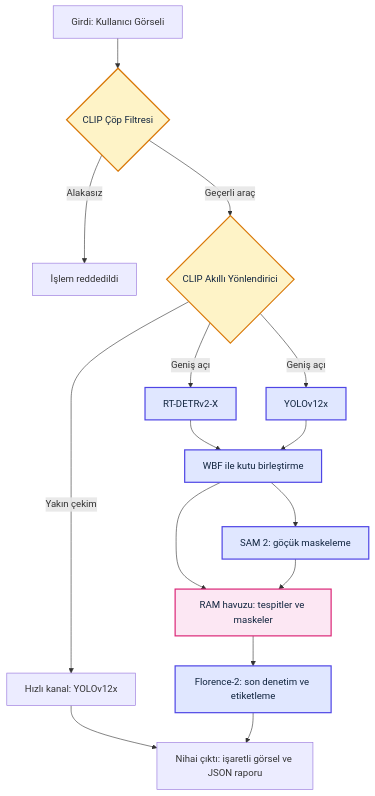
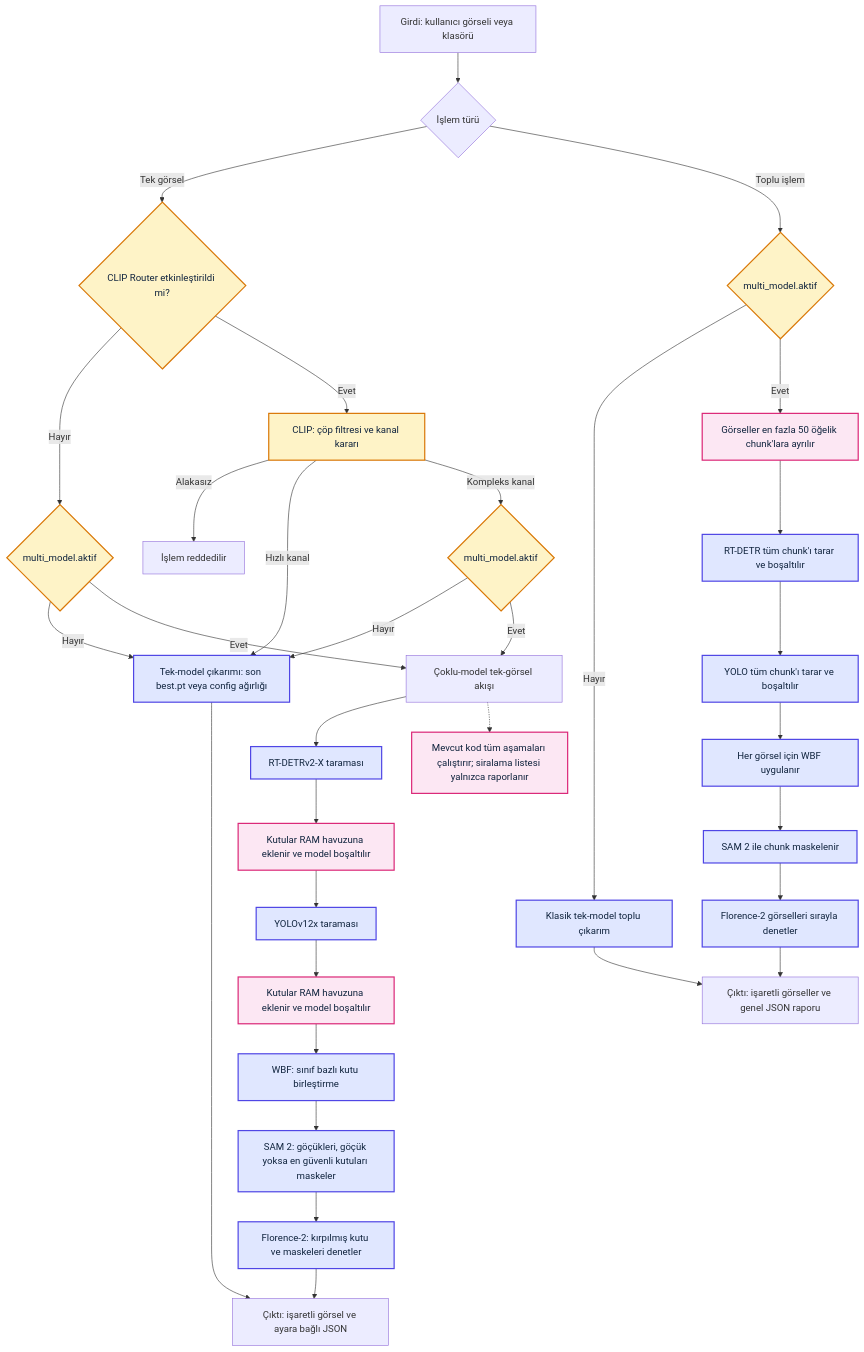
The diagram in README.md (mecik-arda/hasar-tespit), drawn with Mermaid before and after one commit. The commit also changed other lines of this file, not shown here.

Commit message:
docs: Çıkarım akış şeması gerçek pipeline ile eşitlendi
- Opsiyonel CLIP yönlendirmesi ile tek ve çoklu model dalları ayrıştırıldı.
- Ardışık RT-DETR, YOLO, WBF, SAM 2 ve Florence-2 aşamaları doğru sırayla gösterildi.
- Yatay chunk tabanlı toplu işlem ve üretilen çıktılar güncel koda göre belgelendi.

````diff
--- a/README.md
+++ b/README.md
@@ -571,23 +571,44 @@
 ```mermaid
 flowchart TD
-    Input["Girdi: Kullanıcı Görseli"] --> Filter{"CLIP Çöp Filtresi"}
-    Filter -->|Alakasız| Discard["İşlem reddedildi"]
-    Filter -->|Geçerli araç| Router{"CLIP Akıllı Yönlendirici"}
-    Router -->|Yakın çekim| Fast["Hızlı kanal: YOLOv12x"]
-    Fast --> Output["Nihai çıktı: işaretli görsel ve JSON raporu"]
-    Router -->|Geniş açı| RTDETR["RT-DETRv2-X"]
-    Router -->|Geniş açı| YOLO["YOLOv12x"]
-    RTDETR --> WBF["WBF ile kutu birleştirme"]
-    YOLO --> WBF
-    WBF --> SAM["SAM 2: göçük maskeleme"]
-    WBF --> Pool["RAM havuzu: tespitler ve maskeler"]
-    SAM --> Pool
-    Pool --> Florence["Florence-2: son denetim ve etiketleme"]
-    Florence --> Output
+    Input["Girdi: kullanıcı görseli veya klasörü"] --> Mode{"İşlem türü"}
+
+    Mode -->|Tek görsel| GatewayChoice{"CLIP Router etkinleştirildi mi?"}
+    GatewayChoice -->|Hayır| SingleMulti{"multi_model.aktif"}
+    GatewayChoice -->|Evet| CLIP["CLIP: çöp filtresi ve kanal kararı"]
+    CLIP -->|Alakasız| Discard["İşlem reddedilir"]
+    CLIP -->|Hızlı kanal| Single["Tek-model çıkarımı: son best.pt veya config ağırlığı"]
+    CLIP -->|Kompleks kanal| RoutedMulti{"multi_model.aktif"}
+    RoutedMulti -->|Hayır| Single
+    RoutedMulti -->|Evet| MultiStart["Çoklu-model tek-görsel akışı"]
+    SingleMulti -->|Hayır| Single
+    SingleMulti -->|Evet| MultiStart
+
+    MultiStart --> RTDETR["RT-DETRv2-X taraması"]
+    RTDETR --> RTUnload["Kutular RAM havuzuna eklenir ve model boşaltılır"]
+    RTUnload --> YOLO["YOLOv12x taraması"]
+    YOLO --> YOLOUnload["Kutular RAM havuzuna eklenir ve model boşaltılır"]
+    YOLOUnload --> WBF["WBF: sınıf bazlı kutu birleştirme"]
+    WBF --> SAM["SAM 2: göçükleri, göçük yoksa en güvenli kutuları maskeler"]
+    SAM --> Florence["Florence-2: kırpılmış kutu ve maskeleri denetler"]
+    Florence --> SingleOutput["Çıktı: işaretli görsel ve ayara bağlı JSON"]
+    Single --> SingleOutput
+
+    Mode -->|Toplu işlem| BatchMulti{"multi_model.aktif"}
+    BatchMulti -->|Hayır| ClassicBatch["Klasik tek-model toplu çıkarım"]
+    BatchMulti -->|Evet| Chunk["Görseller en fazla 50 öğelik chunk'lara ayrılır"]
+    Chunk --> BatchRT["RT-DETR tüm chunk'ı tarar ve boşaltılır"]
+    BatchRT --> BatchYOLO["YOLO tüm chunk'ı tarar ve boşaltılır"]
+    BatchYOLO --> BatchWBF["Her görsel için WBF uygulanır"]
+    BatchWBF --> BatchSAM["SAM 2 ile chunk maskelenir"]
+    BatchSAM --> BatchFlorence["Florence-2 görselleri sırayla denetler"]
+    BatchFlorence --> BatchOutput["Çıktı: işaretli görseller ve genel JSON raporu"]
+    ClassicBatch --> BatchOutput
+
+    MultiStart -.-> SequenceNote["Mevcut kod tüm aşamaları çalıştırır; siralama listesi yalnızca raporlanır"]
     classDef routing fill:#fef3c7,stroke:#d97706,stroke-width:2px,color:#10243e
     classDef model fill:#e0e7ff,stroke:#4f46e5,stroke-width:2px,color:#10243e
     classDef memory fill:#fce7f3,stroke:#db2777,stroke-width:2px,color:#10243e
-    class Filter,Router routing
-    class RTDETR,YOLO,WBF,SAM,Florence model
-    class Pool memory
+    class GatewayChoice,CLIP,SingleMulti,RoutedMulti,BatchMulti routing
+    class Single,RTDETR,YOLO,WBF,SAM,Florence,ClassicBatch,BatchRT,BatchYOLO,BatchWBF,BatchSAM,BatchFlorence model
+    class RTUnload,YOLOUnload,Chunk,SequenceNote memory
 ```
````
